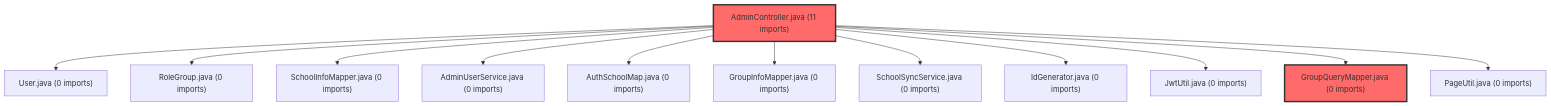
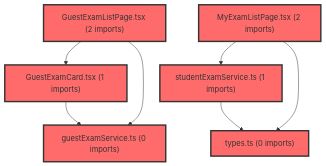
One commit to kimsm5v-alt/meta-dashboard changed the diagram in reviews/REVIEW_19e6a385.md. Above: the diagram before and after it, drawn with Mermaid. The commit also changed other lines of this file, not shown here.

````diff
--- a/reviews/REVIEW_19e6a385.md
+++ b/reviews/REVIEW_19e6a385.md
@@ -16,28 +16,17 @@
 ```mermaid
 flowchart TD
-    F0["User.java (0 imports)"]
-    F1["RoleGroup.java (0 imports)"]
-    F2["SchoolInfoMapper.java (0 imports)"]
-    F3["AdminUserService.java (0 imports)"]
-    F4["AuthSchoolMap.java (0 imports)"]
-    F5["GroupInfoMapper.java (0 imports)"]
-    F6["SchoolSyncService.java (0 imports)"]
-    F7["IdGenerator.java (0 imports)"]
-    F8["JwtUtil.java (0 imports)"]
-    F9["GroupQueryMapper.java (0 imports)"]:::center
-    F10["AdminController.java (11 imports)"]:::center
-    F11["PageUtil.java (0 imports)"]
-    F10 --> F0
-    F10 --> F1
-    F10 --> F2
-    F10 --> F3
-    F10 --> F4
-    F10 --> F5
-    F10 --> F6
-    F10 --> F7
-    F10 --> F8
-    F10 --> F9
-    F10 --> F11
+    F0["studentExamService.ts (1 imports)"]:::center
+    F1["GuestExamCard.tsx (1 imports)"]:::center
+    F2["GuestExamListPage.tsx (2 imports)"]:::center
+    F3["MyExamListPage.tsx (2 imports)"]:::center
+    F4["types.ts (0 imports)"]:::center
+    F5["guestExamService.ts (0 imports)"]:::center
+    F1 --> F5
+    F2 --> F1
+    F2 --> F5
+    F0 --> F4
+    F3 --> F4
+    F3 --> F0
     classDef center fill:#ff6b6b,stroke:#333,stroke-width:3px
     classDef high fill:#ffd93d,stroke:#333,stroke-width:2px
 ```
````
